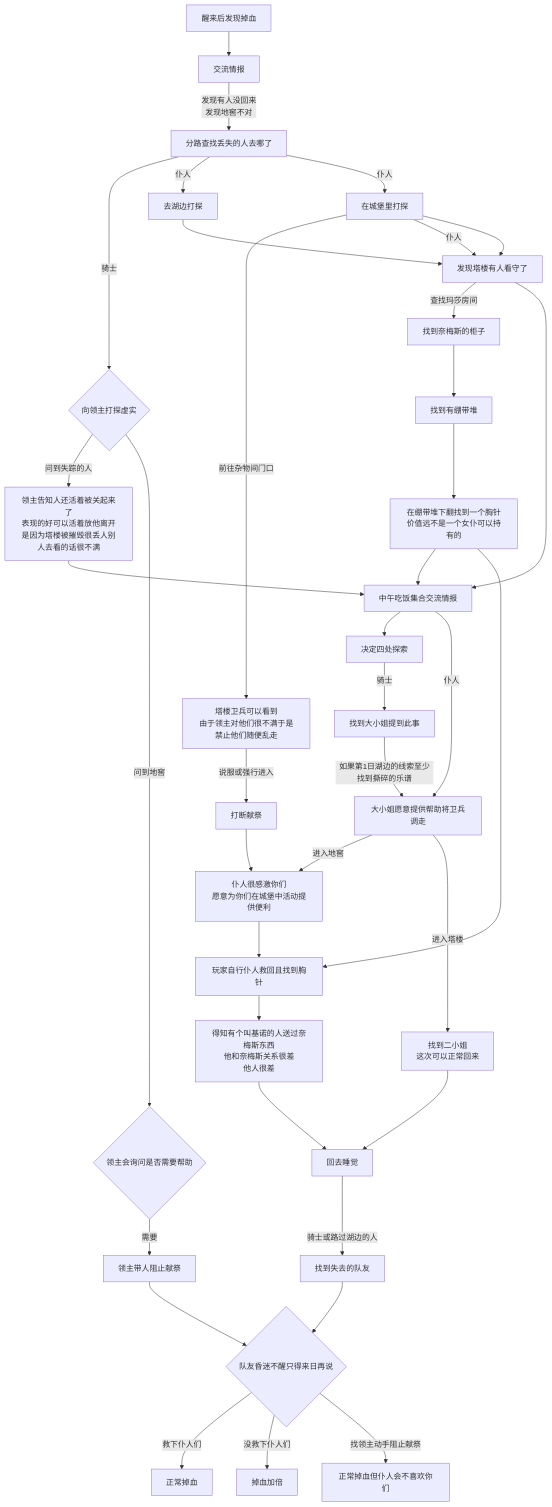
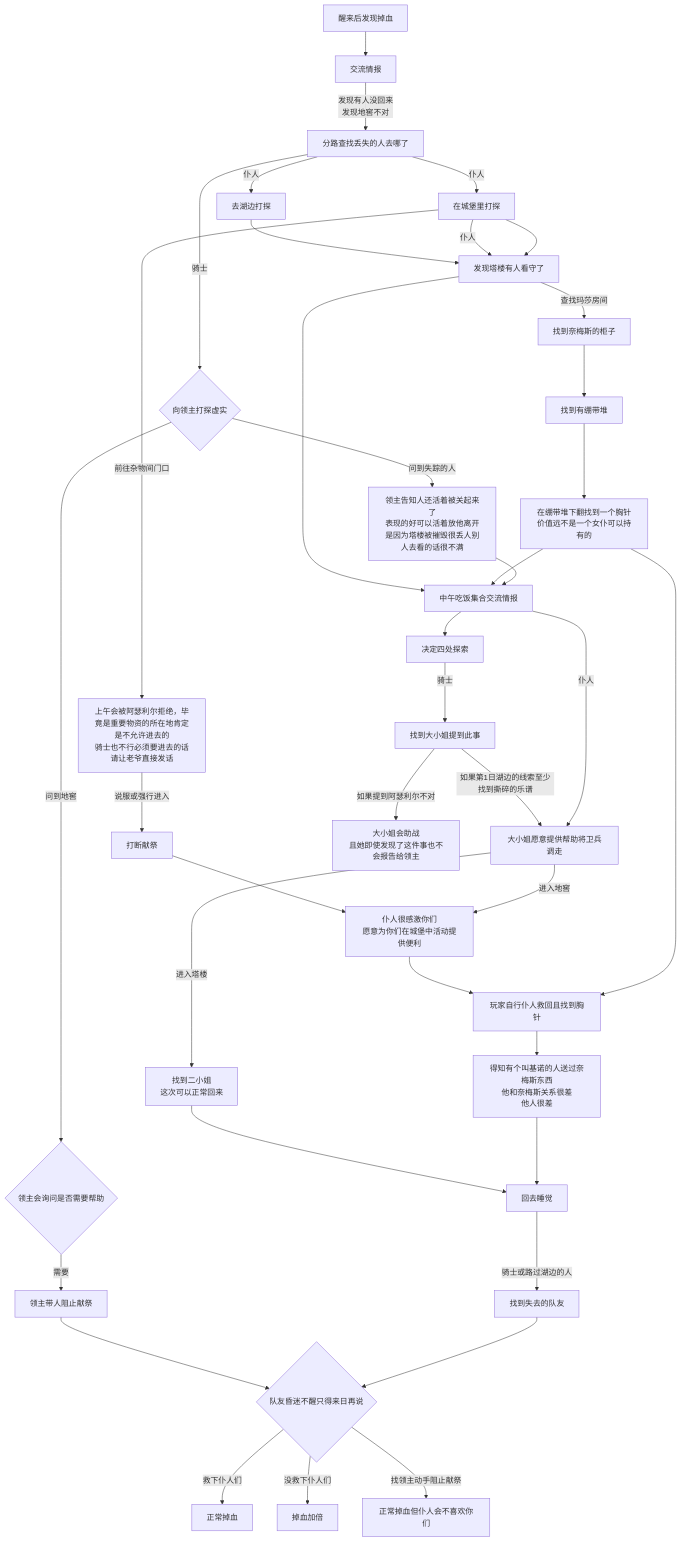
Before and after one commit to SitaNya/coc: the fourth of 6 diagrams in ullswater/守密人信息.md, drawn with Mermaid. The commit also changed other lines of this file and 1 other file, not shown here.

````diff
--- a/ullswater/守密人信息.md
+++ b/ullswater/守密人信息.md
@@ -335,40 +368,41 @@
 ```mermaid
 graph TB
     start[醒来后发现掉血]-->action1[交流情报]
     action1--发现有人没回来<br/>发现地窖不对-->action2[分路查找丢失的人去哪了]
     action2--骑士-->action3{向领主打探虚实}
     action3--问到失踪的人-->action4[领主告知人还活着被关起来了<br/>表现的好可以活着放他离开<br/>是因为塔楼被摧毁很丢人别人去看的话很不满]
     action3--问到地窖-->action30{领主会询问是否需要帮助}
     action30--需要-->action31[领主带人阻止献祭]
     action31-->action24
     action2--仆人-->action5[去湖边打探]
     action2--仆人-->action6[在城堡里打探]
-    action6--前往杂物间门口-->action12[塔楼卫兵可以看到<br/>由于领主对他们很不满于是禁止他们随便乱走]
+    action6--前往杂物间门口-->action12[上午会被阿瑟利尔拒绝，毕竟是重要物资的所在地肯定是不允许进去的<br/>骑士也不行必须要进去的话请让老爷直接发话]
     action12--说服或强行进入-->action13[打断献祭]
     action13-->action14[仆人很感激你们<br/>愿意为你们在城堡中活动提供便利]
     action5-->action7[发现所有仆人都不见了]
     action6--仆人-->action7
     action7--查找玛莎房间-->action8[找到奈梅斯的柜子]
     action8-->action9[找到有绷带堆]
     action9-->action10[在绷带堆下翻找到一个胸针<br/>价值远不是一个女仆可以持有的]
     action6-->action7[发现塔楼有人看守了]
     action7-->action11[中午吃饭集合交流情报]
     action10-->action11
     action4-->action11
     action11-->action15[决定四处探索]
     action15--骑士-->action16[找到大小姐提到此事]
     action16--如果第1日湖边的线索至少找到撕碎的乐谱-->action17[大小姐愿意提供帮助将卫兵调走]
+    action16--如果提到阿瑟利尔不对-->action50[大小姐会助战</br>且她即使发现了这件事也不会报告给领主]
     action17--进入地窖-->action14
     action17--进入塔楼-->action18[找到二小姐<br/>这次可以正常回来]
     action11--仆人-->action17
     action14-->action20[玩家自行仆人救回且找到胸针]
     action10-->action20
     action20-->action21[得知有个叫基诺的人送过奈梅斯东西<br/>他和奈梅斯关系很差<br/>他人很差]
     action18-->action22[回去睡觉]
     action21-->action22
     action22--骑士或路过湖边的人-->action23[找到失去的队友]
     action23-->action24{队友昏迷不醒只得来日再说}
     action24--救下仆人们-->action25[正常掉血]
     action24--没救下仆人们-->action26[掉血加倍]
     action24--找领主动手阻止献祭-->action27[正常掉血但仆人会不喜欢你们]
 ```
````
